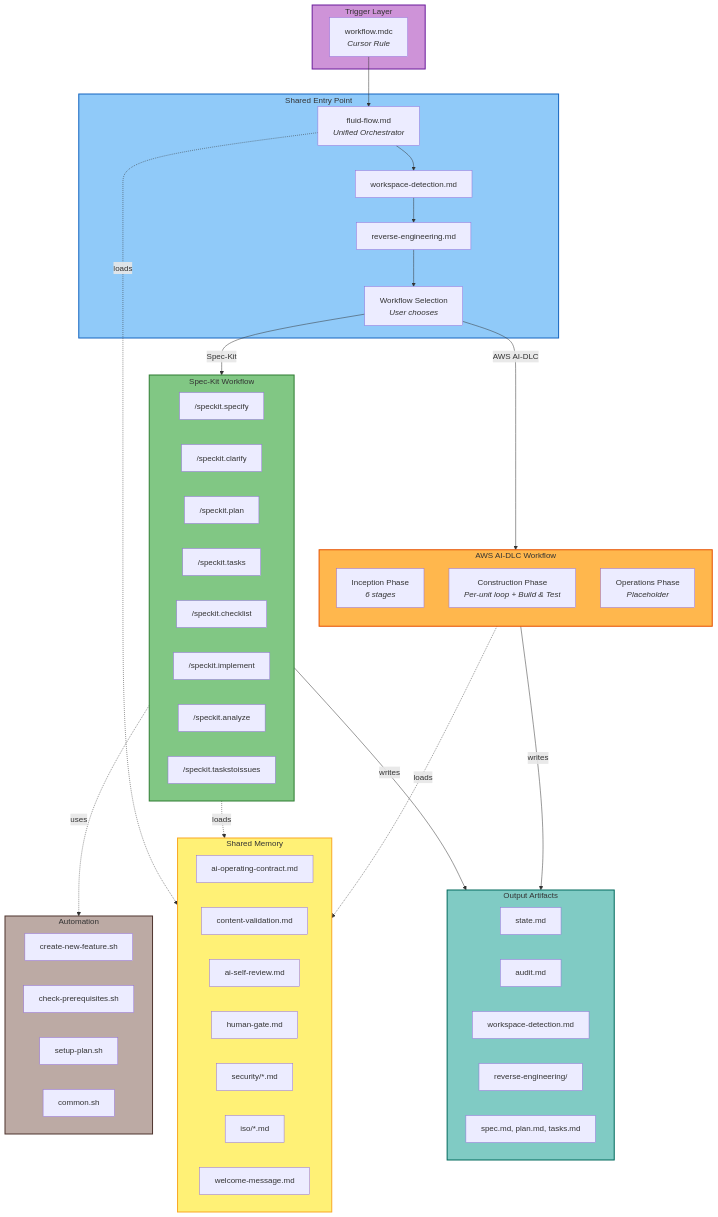
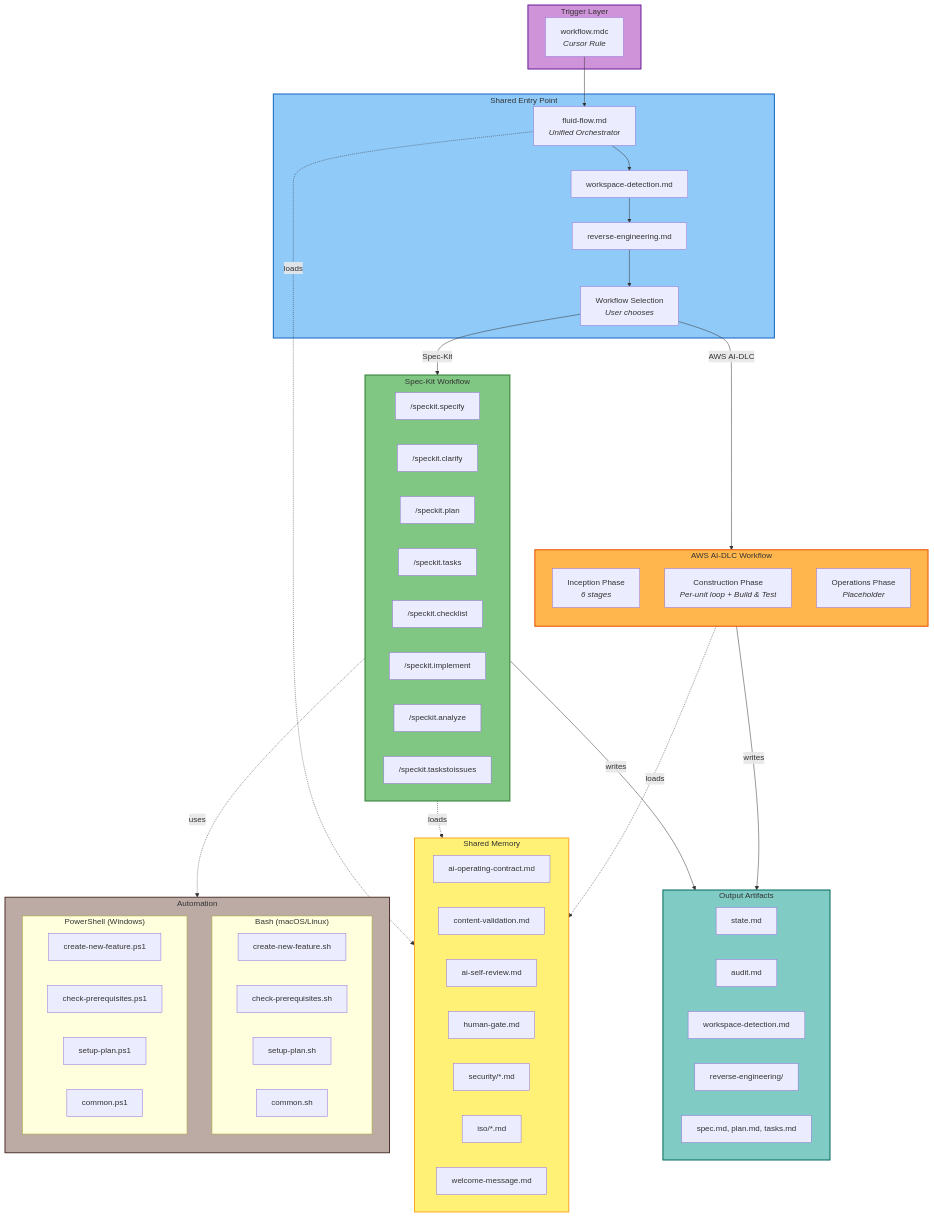
Before and after one commit to premkumarjanagarajan/fluid-flow-ai: the second of 3 diagrams in docs/ARCHITECTURE.md, drawn with Mermaid. The commit also changed other lines of this file and 18 other files, not shown here.

```diff
--- a/docs/ARCHITECTURE.md
+++ b/docs/ARCHITECTURE.md
@@ -72,10 +72,19 @@
     end
 
     subgraph SCRIPTS["Automation"]
-        CNF["create-new-feature.sh"]
-        CP["check-prerequisites.sh"]
-        SPL["setup-plan.sh"]
-        CMN["common.sh"]
+        direction TB
+        subgraph BASH["Bash (macOS/Linux)"]
+            CNF["create-new-feature.sh"]
+            CP["check-prerequisites.sh"]
+            SPL["setup-plan.sh"]
+            CMN["common.sh"]
+        end
+        subgraph PS["PowerShell (Windows)"]
+            CNF_PS["create-new-feature.ps1"]
+            CP_PS["check-prerequisites.ps1"]
+            SPL_PS["setup-plan.ps1"]
+            CMN_PS["common.ps1"]
+        end
     end
 
     subgraph ARTIFACTS["Output Artifacts"]
```
